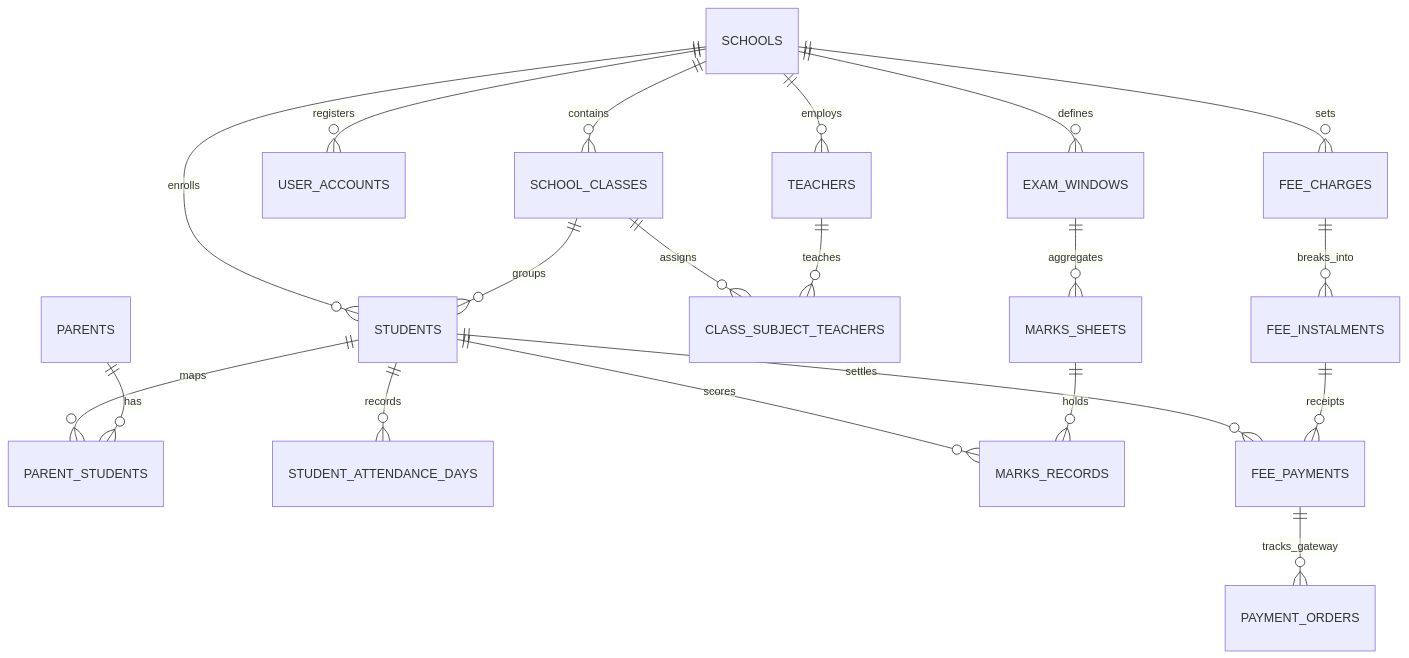
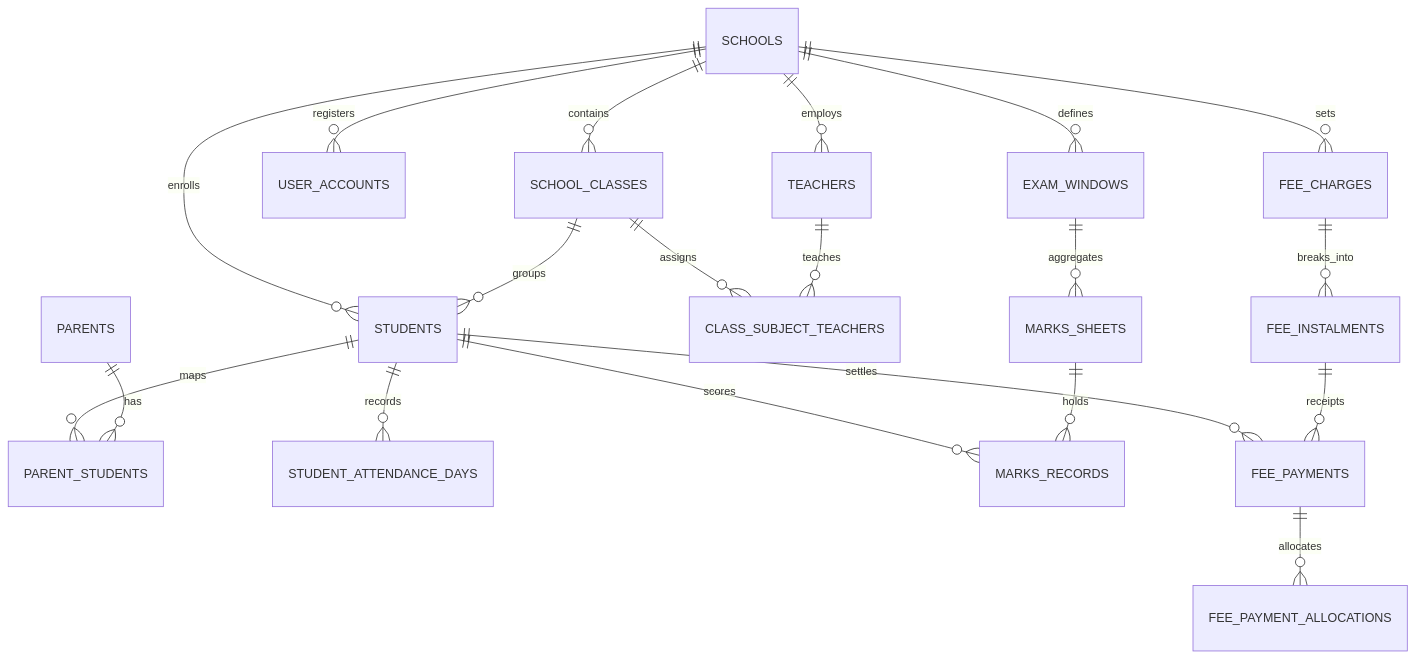
Before and after one commit to AshishVollala04/Future_School: the diagram in docs/05_BACKEND_SCHEMA_DOCUMENT.md, drawn with Mermaid. The commit also changed other lines of this file and 46 other files, not shown here.

````diff
--- a/docs/05_BACKEND_SCHEMA_DOCUMENT.md
+++ b/docs/05_BACKEND_SCHEMA_DOCUMENT.md
@@ -9,26 +9,26 @@
 ```mermaid
 erDiagram
     SCHOOLS ||--o{ SCHOOL_CLASSES : contains
     SCHOOLS ||--o{ USER_ACCOUNTS : registers
     SCHOOLS ||--o{ STUDENTS : enrolls
     SCHOOLS ||--o{ TEACHERS : employs
     SCHOOLS ||--o{ FEE_CHARGES : sets
     SCHOOLS ||--o{ EXAM_WINDOWS : defines
 
     STUDENTS ||--o{ PARENT_STUDENTS : maps
     PARENTS ||--o{ PARENT_STUDENTS : has
     STUDENTS ||--o{ STUDENT_ATTENDANCE_DAYS : records
     STUDENTS ||--o{ MARKS_RECORDS : scores
     STUDENTS ||--o{ FEE_PAYMENTS : settles
 
     SCHOOL_CLASSES ||--o{ STUDENTS : groups
     SCHOOL_CLASSES ||--o{ CLASS_SUBJECT_TEACHERS : assigns
     TEACHERS ||--o{ CLASS_SUBJECT_TEACHERS : teaches
 
     EXAM_WINDOWS ||--o{ MARKS_SHEETS : aggregates
     MARKS_SHEETS ||--o{ MARKS_RECORDS : holds
 
     FEE_CHARGES ||--o{ FEE_INSTALMENTS : breaks_into
     FEE_INSTALMENTS ||--o{ FEE_PAYMENTS : receipts
-    FEE_PAYMENTS ||--o{ PAYMENT_ORDERS : tracks_gateway
+    FEE_PAYMENTS ||--o{ FEE_PAYMENT_ALLOCATIONS : allocates
 ```
````
